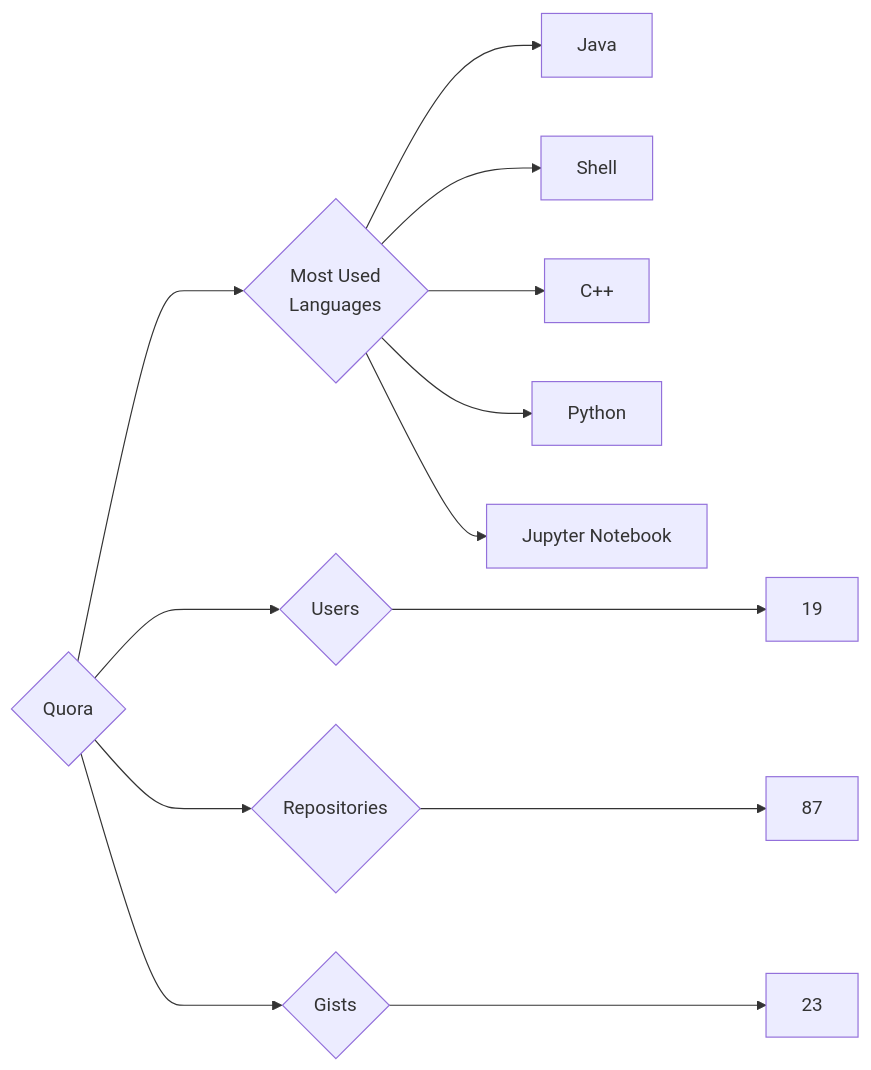
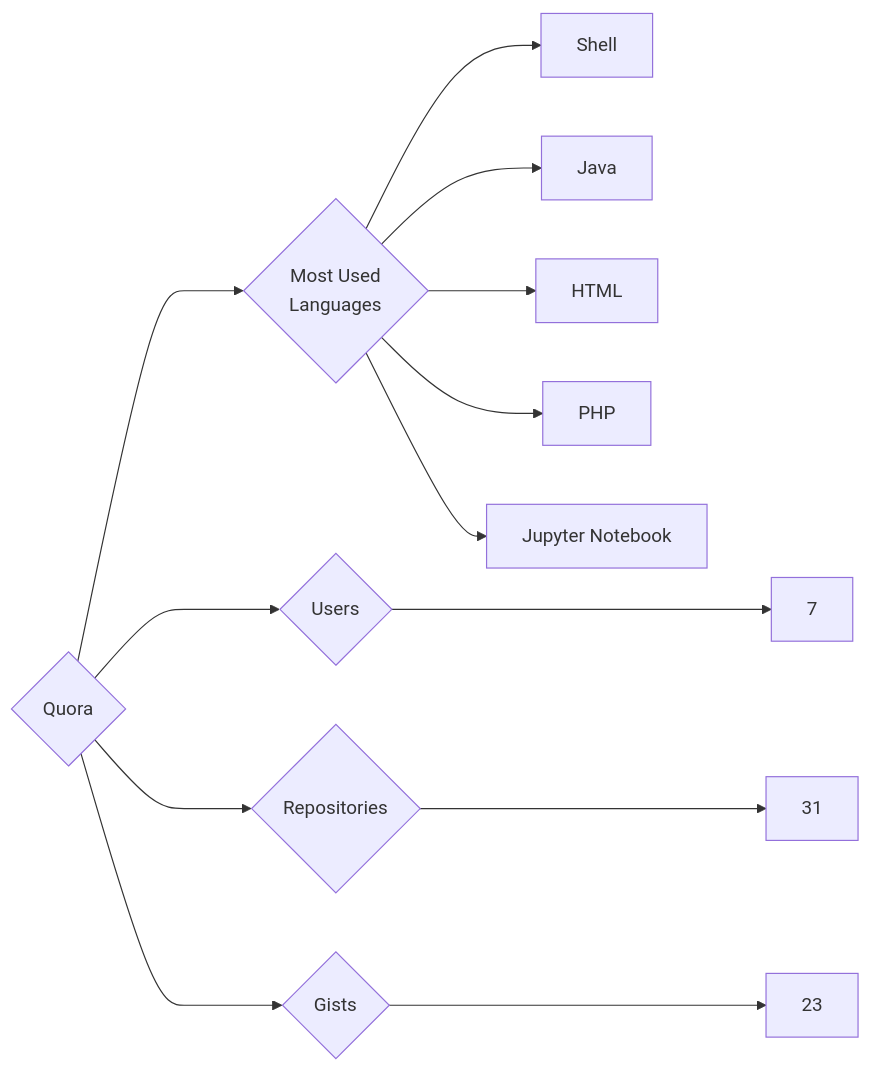
Before and after one commit to trickest/insiders: the diagram in targets/Quora/README.md, drawn with Mermaid. The commit also changed 695 other files, not shown here.

````diff
--- a/targets/Quora/README.md
+++ b/targets/Quora/README.md
@@ -3,13 +3,13 @@
 ```mermaid
 graph LR
 COMPANY_NAME{Quora}
-COMPANY_NAME ---> U{Users} ---> UN[19]
-COMPANY_NAME ---> R{Repositories} ---> RN[87]
+COMPANY_NAME ---> U{Users} ---> UN[7]
+COMPANY_NAME ---> R{Repositories} ---> RN[31]
 COMPANY_NAME ---> G{Gists} ---> GN[23]
 COMPANY_NAME ---> ML{Most Used<br>Languages}
+ML --> Shell[Shell]
 ML --> Java[Java]
-ML --> Shell[Shell]
-ML --> C++[C++]
-ML --> Python[Python]
+ML --> HTML[HTML]
+ML --> PHP[PHP]
 ML --> Jupyter_Notebook[Jupyter Notebook]
 ```
````
